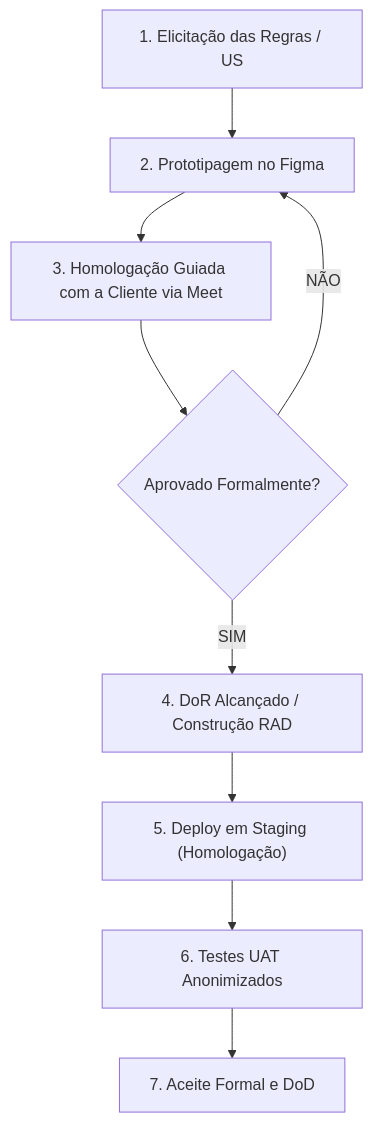
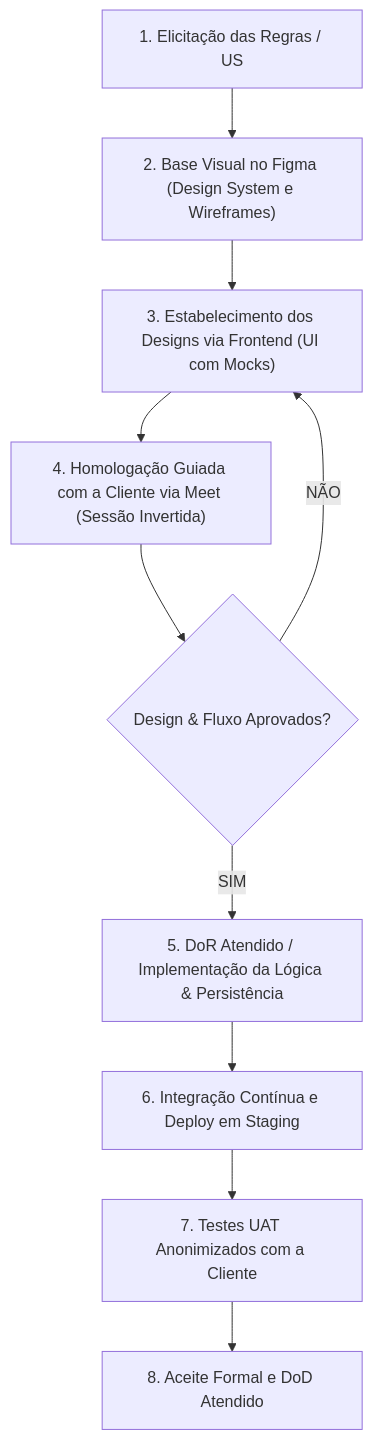
One commit to mdsreq-fga-unb/REQ-2026.2-T01-DUOC-Finance changed the diagram in docs/interacao-cliente/index.md. Above: the diagram before and after it, drawn with Mermaid. The commit also changed other lines of this file and 10 other files, not shown here.

First line of the commit message:
fix(cronograma): reestruturar metodologia RAD, fluxo UI-First e calibracao visual (#54)

```diff
--- a/docs/interacao-cliente/index.md
+++ b/docs/interacao-cliente/index.md
@@ -146,13 +152,14 @@
 <pre class="mermaid">
 flowchart TD
-    A["1. Elicitação das Regras / US"] --> B["2. Prototipagem no Figma"]
-    B --> C["3. Homologação Guiada com a Cliente via Meet"]
-    C --> D{"Aprovado Formalmente?"}
+    A["1. Elicitação das Regras / US"] --> B["2. Base Visual no Figma (Design System e Wireframes)"]
+    B --> C["3. Estabelecimento dos Designs via Frontend (UI com Mocks)"]
+    C --> D["4. Homologação Guiada com a Cliente via Meet (Sessão Invertida)"]
+    D --> E{"Design & Fluxo Aprovados?"}
     
-    D -- "NÃO" --> B
-    D -- "SIM" --> F["4. DoR Alcançado / Construção RAD"]
+    E -- "NÃO" --> C
+    E -- "SIM" --> F["5. DoR Atendido / Implementação da Lógica & Persistência"]
     
-    F --> G["5. Deploy em Staging (Homologação)"]
-    G --> H["6. Testes UAT Anonimizados"]
-    H --> I["7. Aceite Formal e DoD"]
+    F --> G["6. Integração Contínua e Deploy em Staging"]
+    G --> H["7. Testes UAT Anonimizados com a Cliente"]
+    H --> I["8. Aceite Formal e DoD Atendido"]
 </pre>
```
